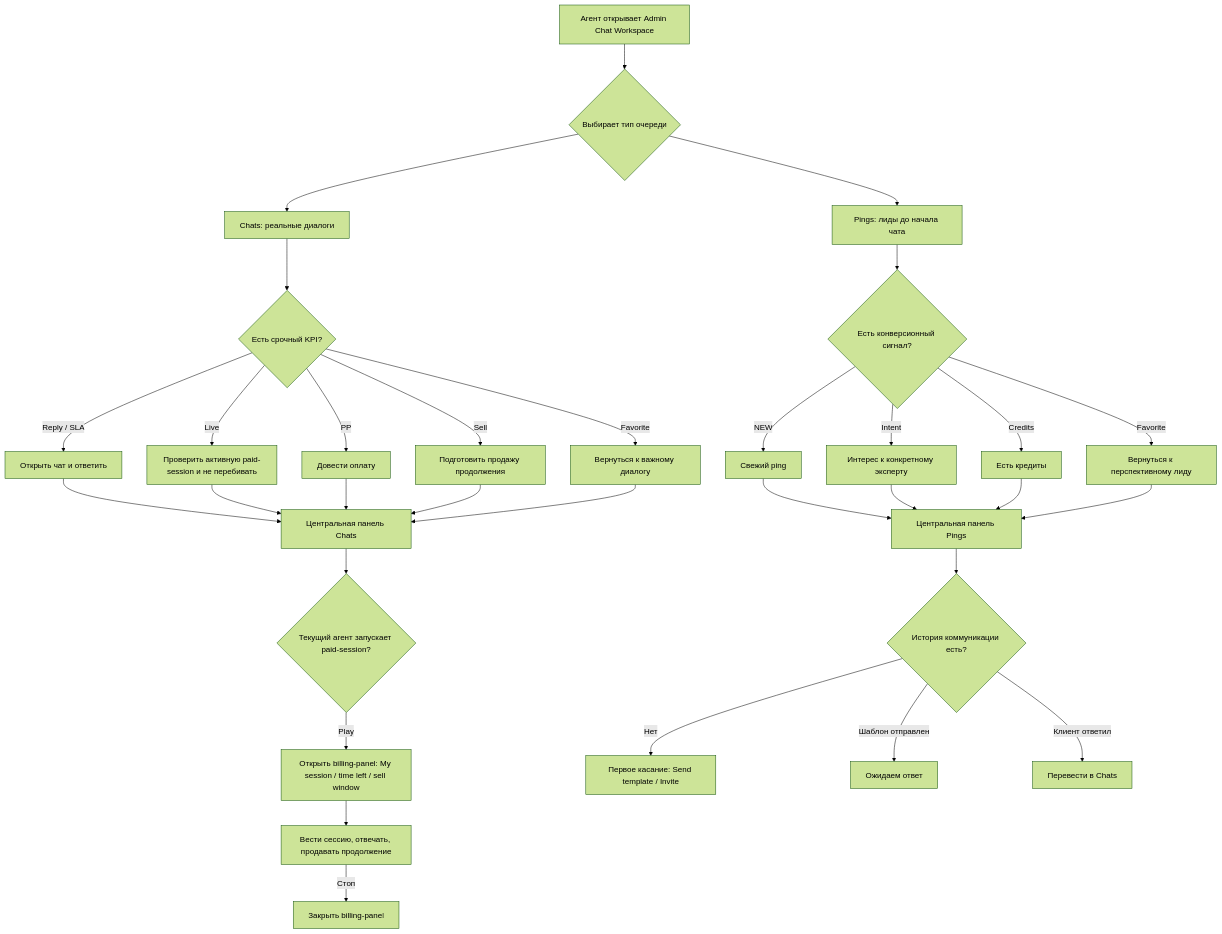
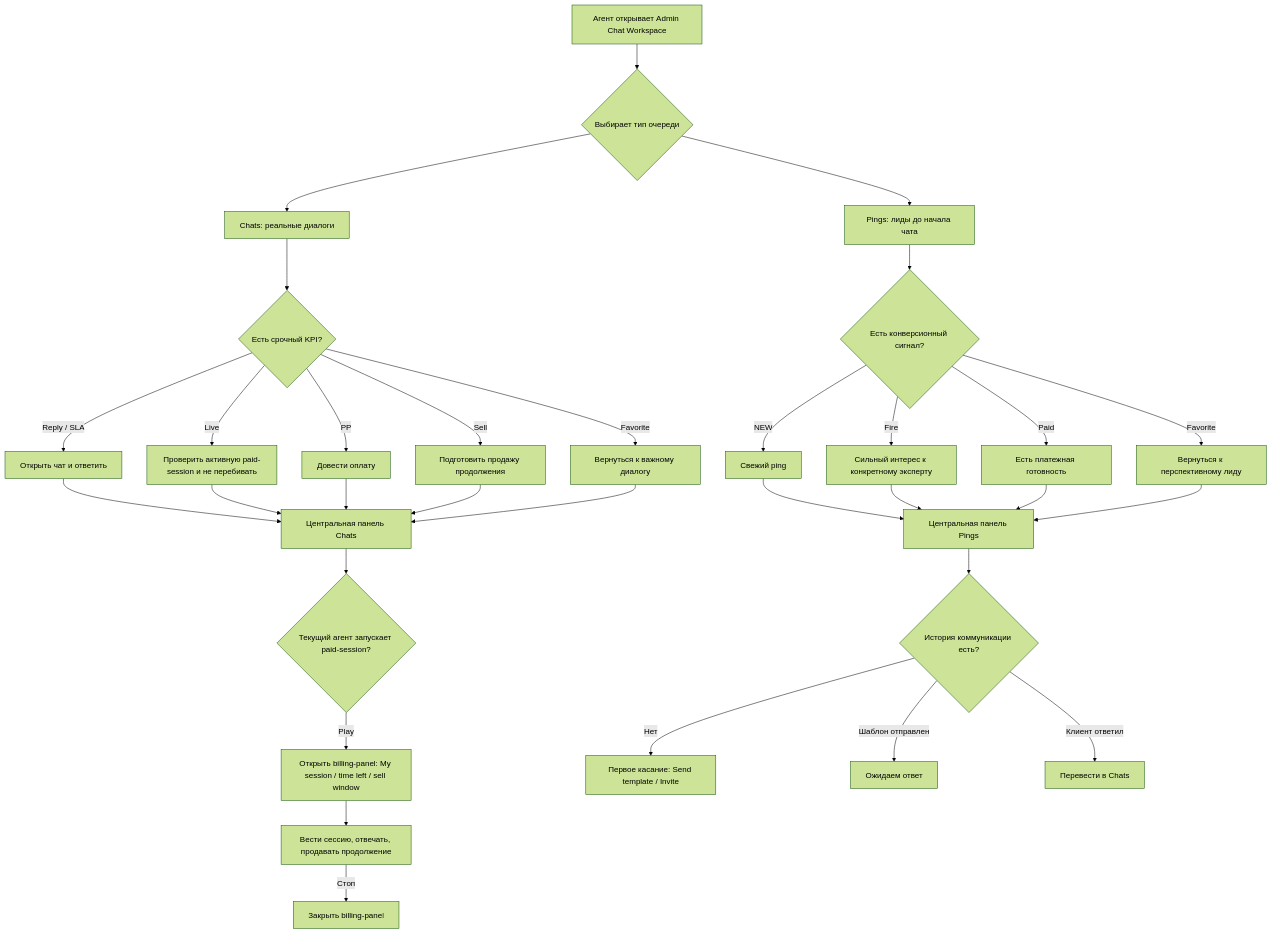
One commit to cutthreat/confideline changed the diagram in web/admin-chat-workspace-v2/ADMIN_CHAT_WORKSPACE_BUSINESS_LOGIC.md. Above: the diagram before and after it, drawn with Mermaid (forest theme). The commit also changed other lines of this file and 3 other files, not shown here.

Commit message:
Update ping Fire and Paid logic

````diff
--- a/web/admin-chat-workspace-v2/ADMIN_CHAT_WORKSPACE_BUSINESS_LOGIC.md
+++ b/web/admin-chat-workspace-v2/ADMIN_CHAT_WORKSPACE_BUSINESS_LOGIC.md
@@ -121,40 +126,40 @@
 ```mermaid
 flowchart TD
     A["Агент открывает Admin Chat Workspace"] --> B{"Выбирает тип очереди"}
     B --> C["Chats: реальные диалоги"]
     B --> D["Pings: лиды до начала чата"]
 
     C --> E{"Есть срочный KPI?"}
     E -->|"Reply / SLA"| F["Открыть чат и ответить"]
     E -->|"Live"| G["Проверить активную paid-session и не перебивать"]
     E -->|"PP"| H["Довести оплату"]
     E -->|"Sell"| I["Подготовить продажу продолжения"]
     E -->|"Favorite"| J["Вернуться к важному диалогу"]
 
     F --> K["Центральная панель Chats"]
     G --> K
     H --> K
     I --> K
     J --> K
 
     K --> L{"Текущий агент запускает paid-session?"}
     L -->|"Play"| M["Открыть billing-panel: My session / time left / sell window"]
     M --> N["Вести сессию, отвечать, продавать продолжение"]
     N -->|"Стоп"| O["Закрыть billing-panel"]
 
     D --> P{"Есть конверсионный сигнал?"}
+    P -->|"Fire"| R["Сильный интерес к конкретному эксперту"]
     P -->|"NEW"| Q["Свежий ping"]
-    P -->|"Intent"| R["Интерес к конкретному эксперту"]
-    P -->|"Credits"| S["Есть кредиты"]
+    P -->|"Paid"| S["Есть платежная готовность"]
     P -->|"Favorite"| T["Вернуться к перспективному лиду"]
 
     Q --> U["Центральная панель Pings"]
     R --> U
     S --> U
     T --> U
 
     U --> V{"История коммуникации есть?"}
     V -->|"Нет"| W["Первое касание: Send template / Invite"]
     V -->|"Шаблон отправлен"| X["Ожидаем ответ"]
     V -->|"Клиент ответил"| Y["Перевести в Chats"]
 ```
````
